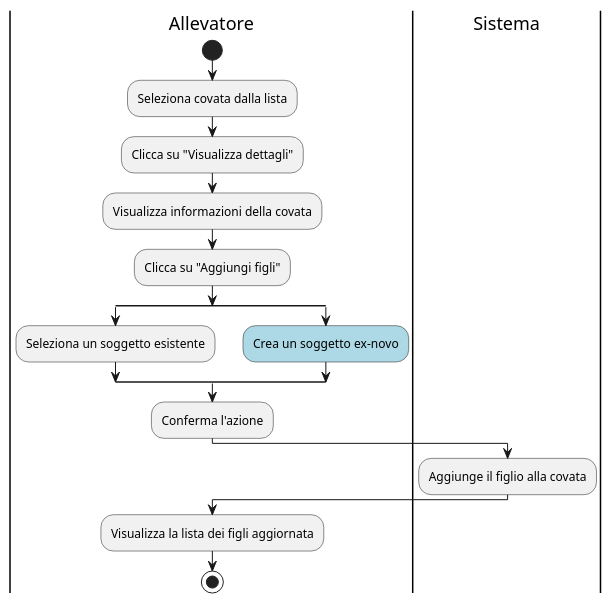
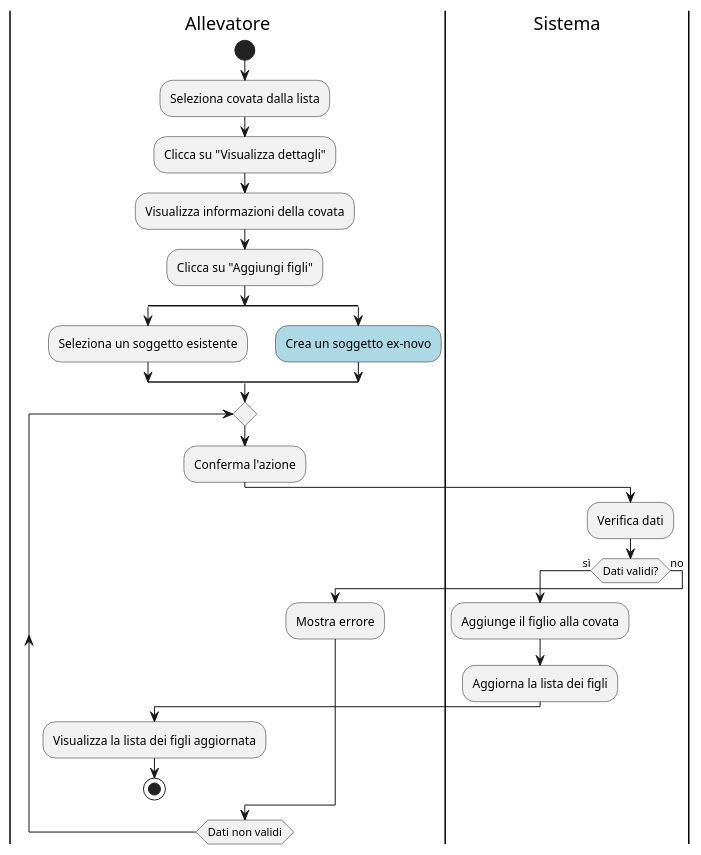
Before and after one commit to cristiancundari/birdbase: the ninth of 27 diagrams in docs/sezioni/usecases/2_activitydiagrams.md, drawn with PlantUML. The commit also changed other lines of this file and 4 other files, not shown here.

````diff
--- a/docs/sezioni/usecases/2_activitydiagrams.md
+++ b/docs/sezioni/usecases/2_activitydiagrams.md
@@ -188,22 +227,31 @@
 ```plantuml
 @startuml
 |Allevatore|
 start
 :Seleziona covata dalla lista;
 :Clicca su "Visualizza dettagli";
 :Visualizza informazioni della covata;
 :Clicca su "Aggiungi figli";
 split
     :Seleziona un soggetto esistente;
 split again
     #LightBlue:Crea un soggetto ex-novo;
 end split
 
-:Conferma l'azione;
-|Sistema|
-:Aggiunge il figlio alla covata;
-|Allevatore|
-:Visualizza la lista dei figli aggiornata;
-stop
+repeat
+    :Conferma l'azione;
+    |Sistema|
+    :Verifica dati;
+    if (Dati validi?) then (sì)
+        :Aggiunge il figlio alla covata;
+        :Aggiorna la lista dei figli;
+        |Allevatore|
+        :Visualizza la lista dei figli aggiornata;
+        stop
+    else (no)
+        :Mostra errore;
+        |Allevatore|
+    endif
+repeat while (Dati non validi)
 @enduml
 ```
````
